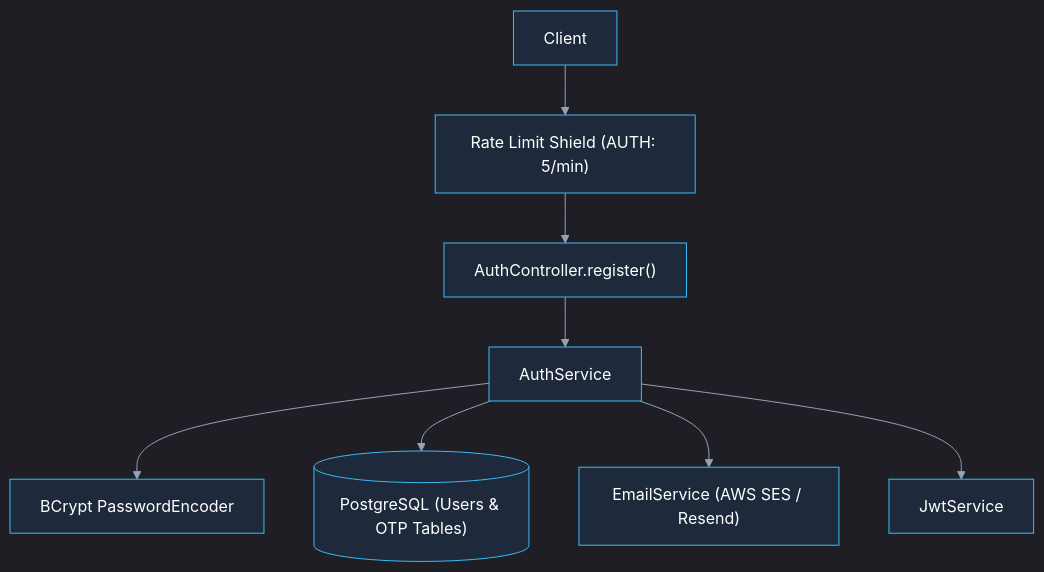
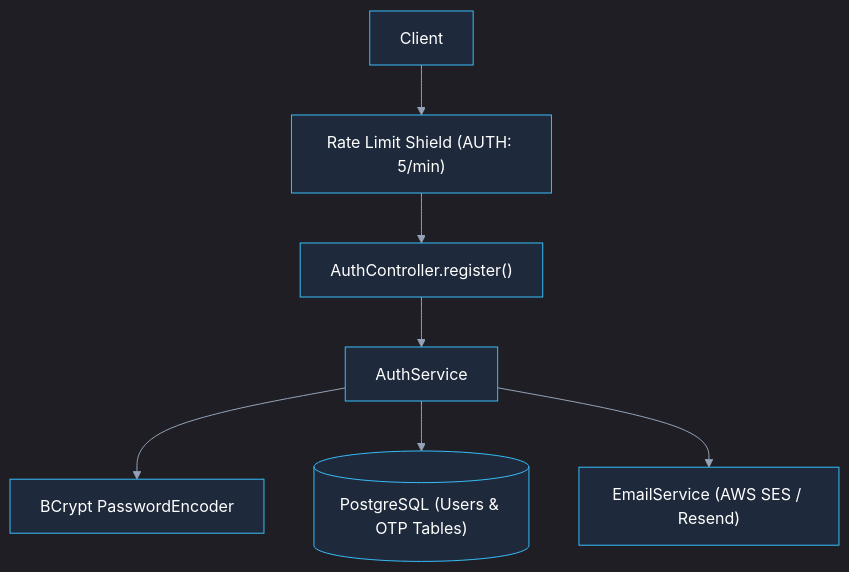
The third of 37 diagrams in docs/API-Spec.md (Mohitur669/speakit), drawn with Mermaid before and after one commit. The commit also changed other lines of this file and 1 other file, not shown here.

First line of the commit message:
docs(api): address review feedback on payment verification, token claims, and service contracts

````diff
--- a/docs/API-Spec.md
+++ b/docs/API-Spec.md
@@ -371,11 +367,10 @@
 ```mermaid
 %%{init: {'theme': 'dark', 'themeVariables': {'textColor': '#ffffff', 'primaryTextColor': '#ffffff', 'secondaryTextColor': '#ffffff', 'mainBkg': '#1e293b', 'nodeBorder': '#38bdf8', 'lineColor': '#94a3b8'}}}%%
 flowchart TD
     Client["Client"] --> RateLimit["Rate Limit Shield (AUTH: 5/min)"]
     RateLimit --> AuthController["AuthController.register()"]
     AuthController --> AuthService["AuthService"]
     AuthService --> BCrypt["BCrypt PasswordEncoder"]
     AuthService --> Postgres[("PostgreSQL (Users & OTP Tables)")]
     AuthService --> EmailSES["EmailService (AWS SES / Resend)"]
-    AuthService --> JwtService["JwtService"]
 ```
````
